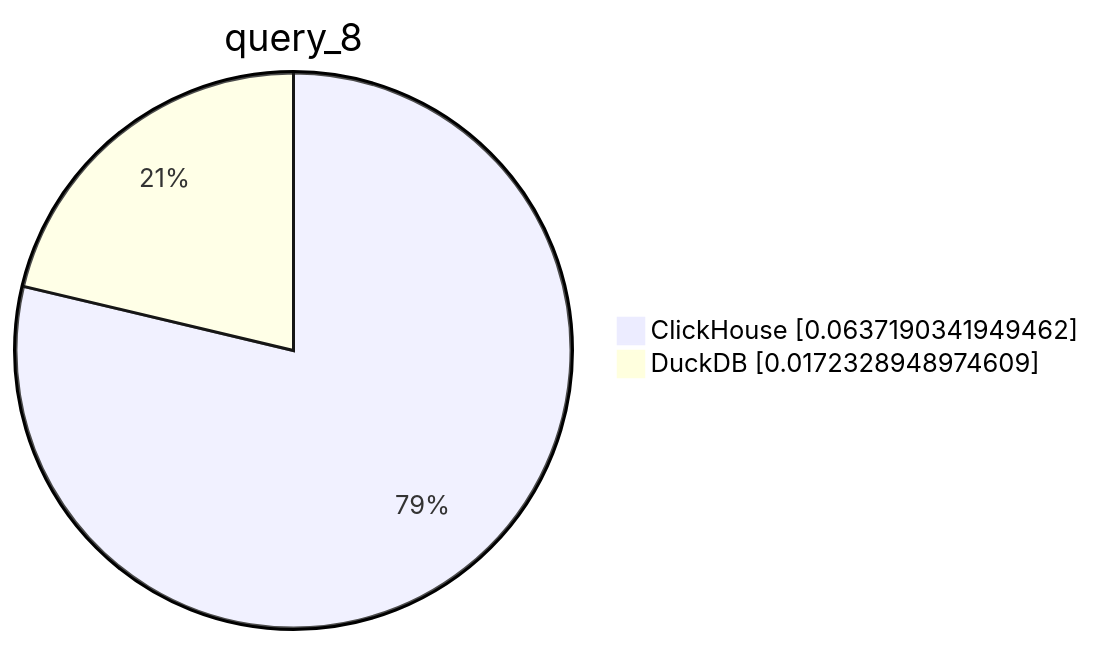
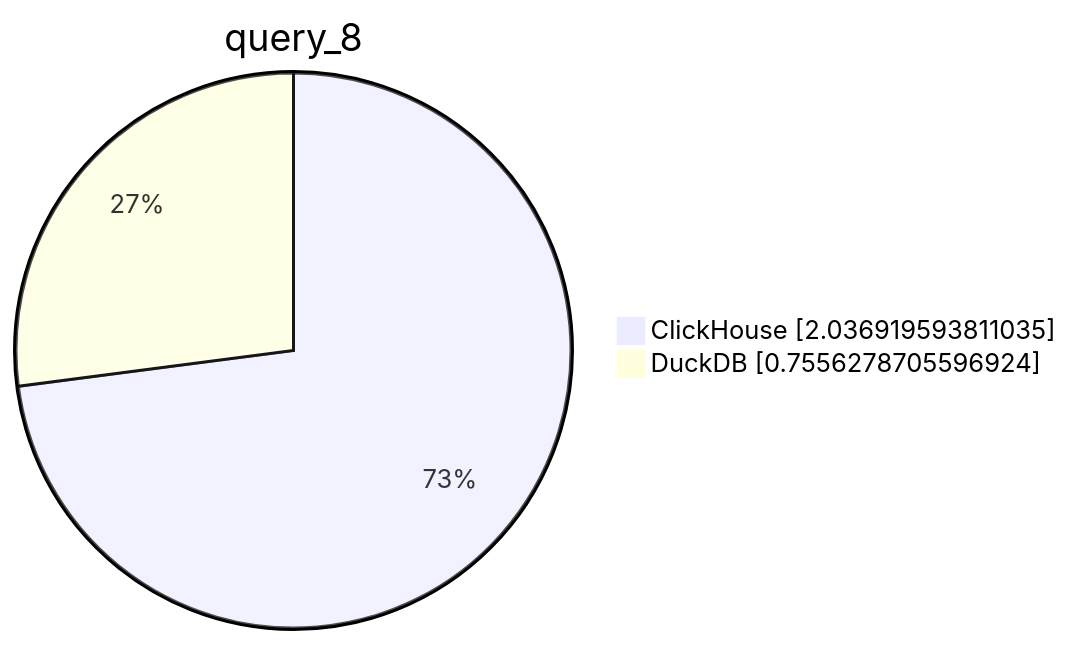
The ninth of 10 diagrams in parquet/performance/performance_reports/results.md (Altinity/clickhouse-regression), drawn with Mermaid before and after one commit. The commit also changed other lines of this file and 1 other file, not shown here.

````diff
--- a/parquet/performance/performance_reports/results.md
+++ b/parquet/performance/performance_reports/results.md
@@ -68,6 +68,6 @@
 ```mermaid
      pie showData
          title query_8
-         "ClickHouse" : 0.0637190341949462
-         "DuckDB" : 0.0172328948974609
+         "ClickHouse" : 2.036919593811035
+         "DuckDB" : 0.7556278705596924
 ```
````
